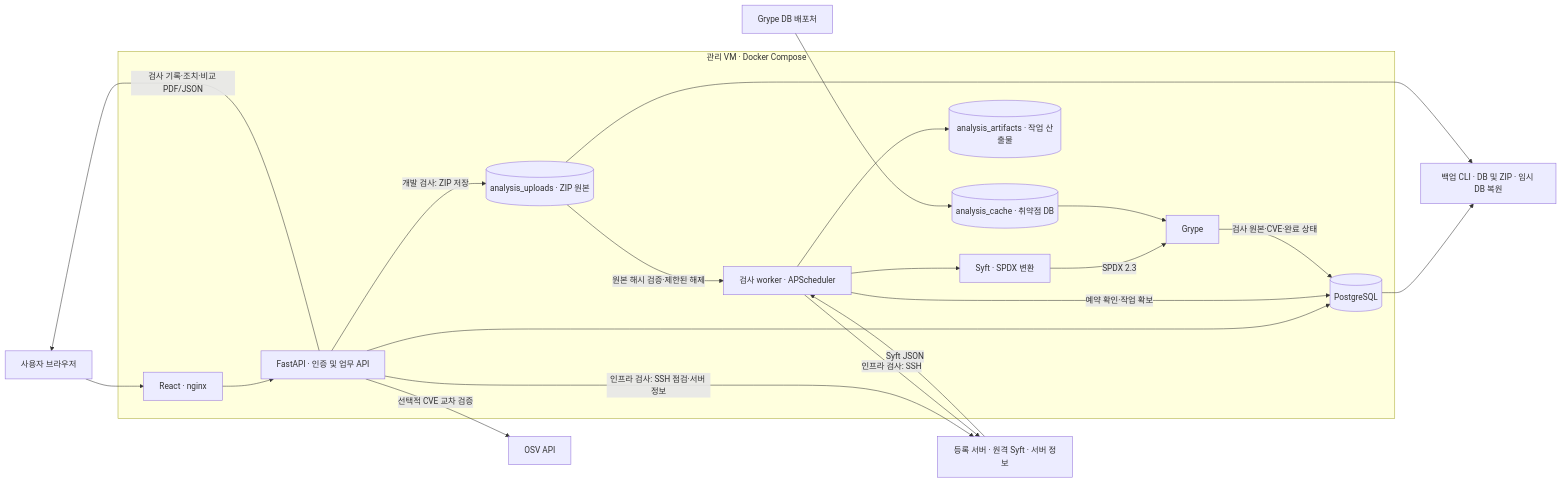
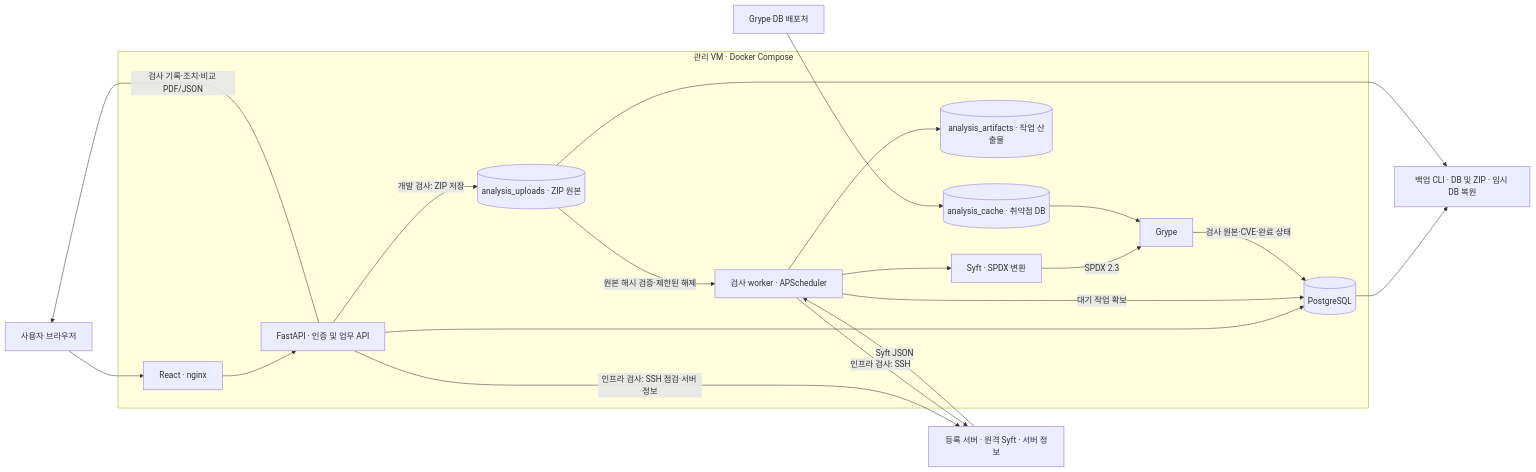
Before and after one commit to adieud99/eolwatch: the first of 2 diagrams in docs/ARCHITECTURE.md, drawn with Mermaid. The commit also changed other lines of this file and 61 other files, not shown here.

````diff
--- a/docs/ARCHITECTURE.md
+++ b/docs/ARCHITECTURE.md
@@ -7,35 +7,33 @@
 ```mermaid
 flowchart LR
     Browser[사용자 브라우저]
     subgraph Controller[관리 VM · Docker Compose]
         Web[React · nginx]
         API[FastAPI · 인증 및 업무 API]
         DB[(PostgreSQL)]
         Worker[검사 worker · APScheduler]
         Syft[Syft · SPDX 변환]
         Grype[Grype]
         Upload[(analysis_uploads · ZIP 원본)]
         Artifacts[(analysis_artifacts · 작업 산출물)]
         Cache[(analysis_cache · 취약점 DB)]
     end
     Target[등록 서버 · 원격 Syft · 서버 정보]
     Feed[Grype DB 배포처]
-    OSV[OSV API]
     Backup[백업 CLI · DB 및 ZIP · 임시 DB 복원]
     Browser --> Web --> API
     API --> DB
     API -->|개발 검사: ZIP 저장| Upload
     API -->|인프라 검사: SSH 점검·서버 정보| Target
-    API -->|선택적 CVE 교차 검증| OSV
-    Worker -->|예약 확인·작업 확보| DB
+    Worker -->|대기 작업 확보| DB
     Worker -->|인프라 검사: SSH| Target
     Target -->|Syft JSON| Worker
     Upload -->|원본 해시 검증·제한된 해제| Worker
     Worker --> Syft -->|SPDX 2.3| Grype
     Feed --> Cache --> Grype
     Grype -->|검사 원본·CVE·완료 상태| DB
     Worker --> Artifacts
     API -->|검사 기록·조치·비교 PDF/JSON| Browser
     DB --> Backup
     Upload --> Backup
 ```
````
